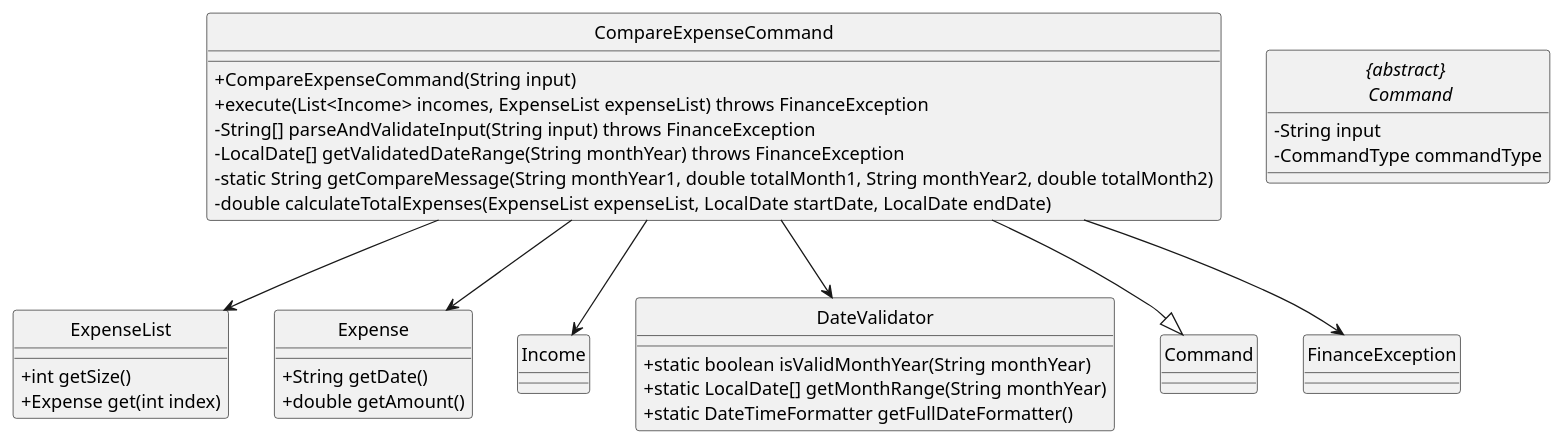
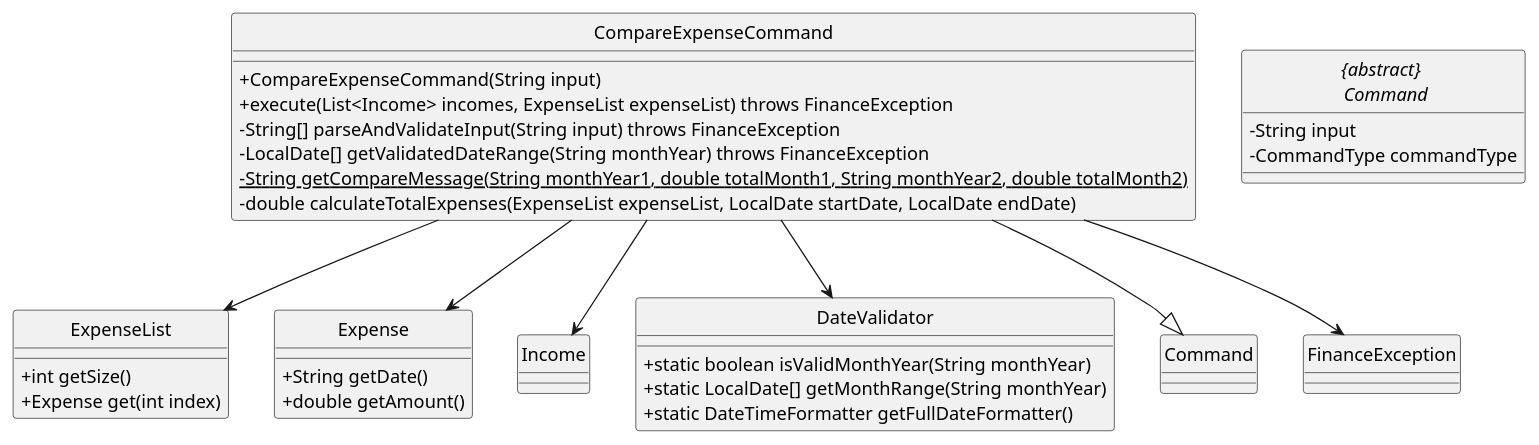
Before and after one commit to thienkimtranhoang/tp: the diagram in docs/diagrams/CompareExpenseCommandClass.puml, drawn with PlantUML.

Commit message:
update static attribute to have underline

```diff
--- a/docs/diagrams/CompareExpenseCommandClass.puml
+++ b/docs/diagrams/CompareExpenseCommandClass.puml
@@ -1,46 +1,46 @@
 @startuml
 
 hide circle
 skinparam classAttributeIconSize 0
 
 
 class CompareExpenseCommand {
     + CompareExpenseCommand(String input)
     + execute(List<Income> incomes, ExpenseList expenseList) throws FinanceException
     - String[] parseAndValidateInput(String input) throws FinanceException
     - LocalDate[] getValidatedDateRange(String monthYear) throws FinanceException
-    - static String getCompareMessage(String monthYear1, double totalMonth1, String monthYear2, double totalMonth2)
+    - {static} String getCompareMessage(String monthYear1, double totalMonth1, String monthYear2, double totalMonth2)
     - double calculateTotalExpenses(ExpenseList expenseList, LocalDate startDate, LocalDate endDate)
 }
 
 abstract class "{abstract} \n Command" {
     - String input
     - CommandType commandType
 }
 
 class ExpenseList {
     + int getSize()
     + Expense get(int index)
 }
 
 class Expense {
     + String getDate()
     + double getAmount()
 }
 
 class Income {}
 
 class DateValidator {
     + static boolean isValidMonthYear(String monthYear)
     + static LocalDate[] getMonthRange(String monthYear)
     + static DateTimeFormatter getFullDateFormatter()
 }
 
 
 CompareExpenseCommand --|> Command
 CompareExpenseCommand --> ExpenseList
 CompareExpenseCommand --> Expense
 CompareExpenseCommand --> Income
 CompareExpenseCommand --> DateValidator
 CompareExpenseCommand --> FinanceException
 @enduml
```
